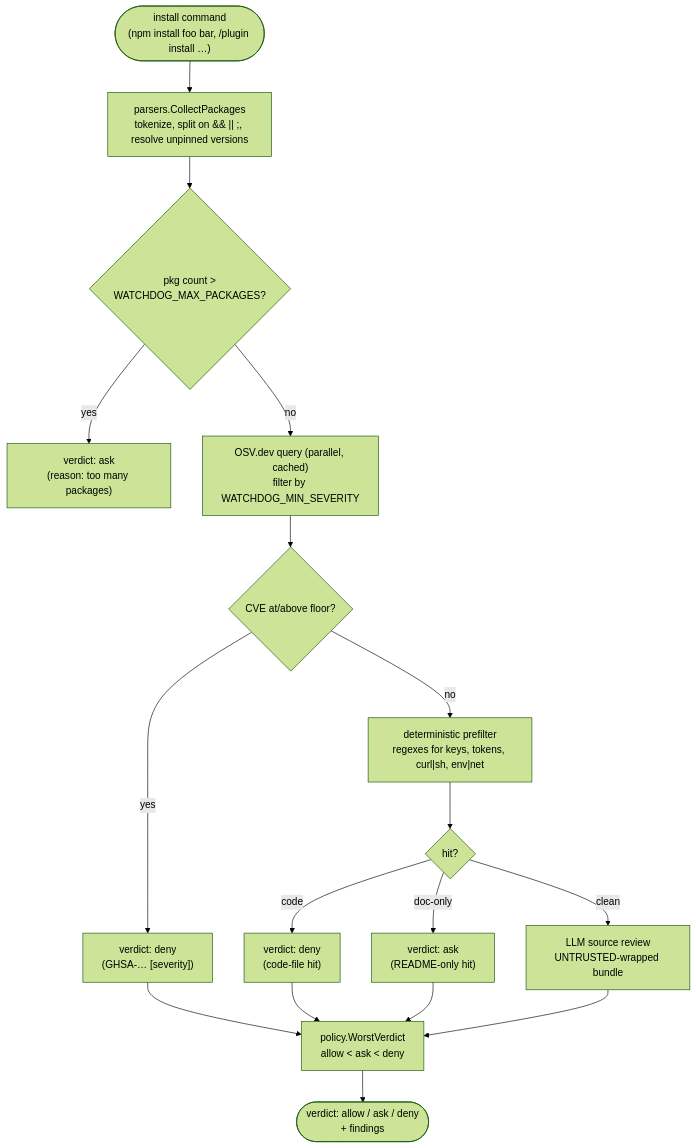
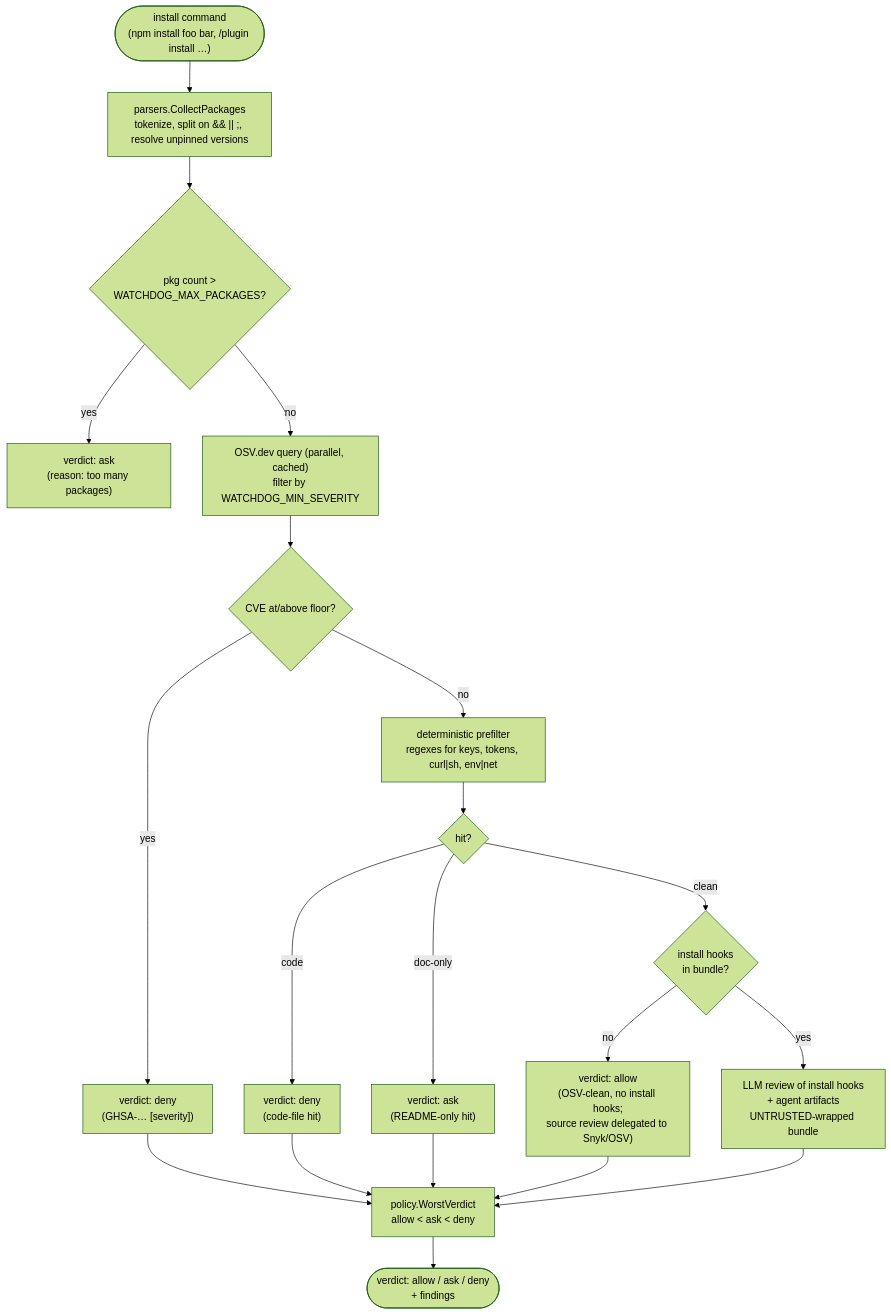
One commit to Maxlemore97/Watchdog changed the second of 2 diagrams in README.md. Above: the diagram before and after it, drawn with Mermaid (forest theme). The commit also changed other lines of this file and 4 other files, not shown here.

First line of the commit message:
refactor(analyzer): scope LLM scan to install hooks + agent artifacts

````diff
--- a/README.md
+++ b/README.md
@@ -260,27 +260,31 @@
 ```mermaid
 flowchart TD
   start(["install command<br/>(npm install foo bar, /plugin install …)"])
   parse["parsers.CollectPackages<br/>tokenize, split on && || ;, resolve unpinned versions"]
   cap{"pkg count &gt;<br/>WATCHDOG_MAX_PACKAGES?"}
   askCap["verdict: ask<br/>(reason: too many packages)"]
   osv["OSV.dev query (parallel, cached)<br/>filter by WATCHDOG_MIN_SEVERITY"]
   osvHit{"CVE at/above floor?"}
   denyOSV["verdict: deny<br/>(GHSA-… [severity])"]
   prefilter["deterministic prefilter<br/>regexes for keys, tokens, curl|sh, env|net"]
   pfRes{"hit?"}
   denyPF["verdict: deny<br/>(code-file hit)"]
   askPF["verdict: ask<br/>(README-only hit)"]
-  llm["LLM source review<br/>UNTRUSTED-wrapped bundle"]
+  hooks{"install hooks<br/>in bundle?"}
+  allowNoHook["verdict: allow<br/>(OSV-clean, no install hooks;<br/>source review delegated to Snyk/OSV)"]
+  llm["LLM review of install hooks<br/>+ agent artifacts<br/>UNTRUSTED-wrapped bundle"]
   agg["policy.WorstVerdict<br/>allow &lt; ask &lt; deny"]
   out(["verdict: allow / ask / deny<br/>+ findings"])
 
   start --> parse --> cap
   cap -- yes --> askCap
   cap -- no --> osv --> osvHit
   osvHit -- yes --> denyOSV --> agg
   osvHit -- no --> prefilter --> pfRes
   pfRes -- code --> denyPF --> agg
   pfRes -- doc-only --> askPF --> agg
-  pfRes -- clean --> llm --> agg
+  pfRes -- clean --> hooks
+  hooks -- no --> allowNoHook --> agg
+  hooks -- yes --> llm --> agg
   agg --> out
 ```
````
